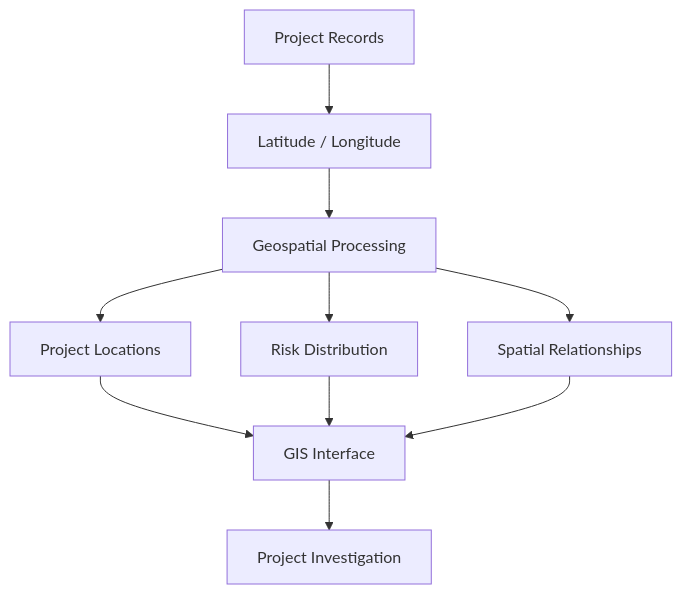
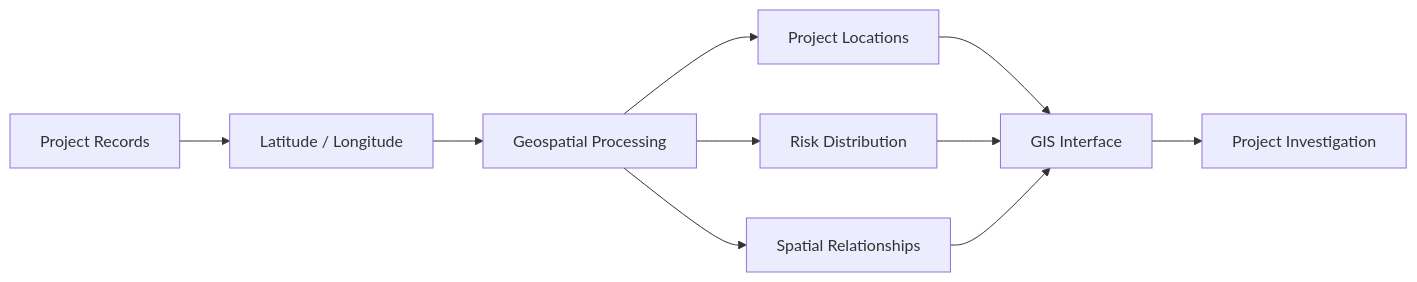
The tenth of 19 diagrams in README.md (the-nidhi-bhat/mplads-sentinel), drawn with Mermaid before and after one commit. The commit also changed other lines of this file, not shown here.

````diff
--- a/README.md
+++ b/README.md
@@ -691,18 +396,16 @@
 ```mermaid
-flowchart TB
-
+flowchart LR
     A["Project Records"]
     --> B["Latitude / Longitude"]
-
-    B --> C["Geospatial Processing"]
+    --> C["Geospatial Processing"]
 
     C --> D["Project Locations"]
     C --> E["Risk Distribution"]
     C --> F["Spatial Relationships"]
 
     D --> G["GIS Interface"]
     E --> G
     F --> G
 
     G --> H["Project Investigation"]
 ```
````
